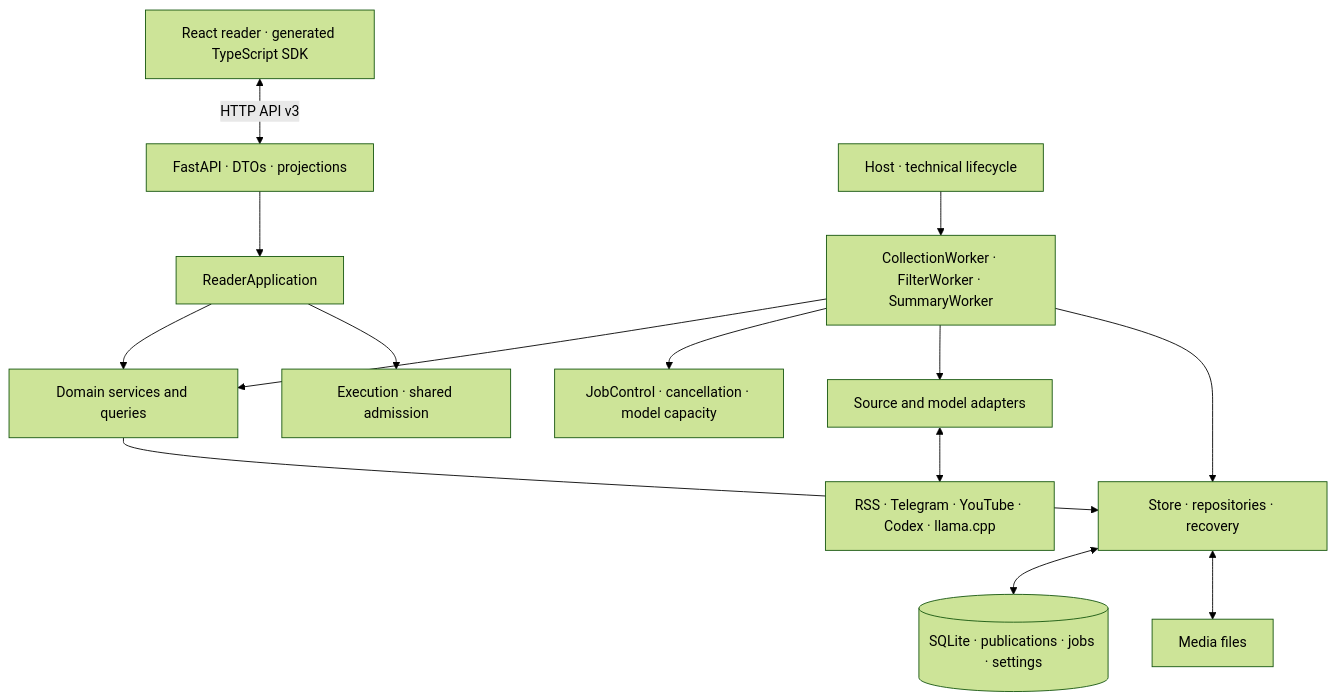
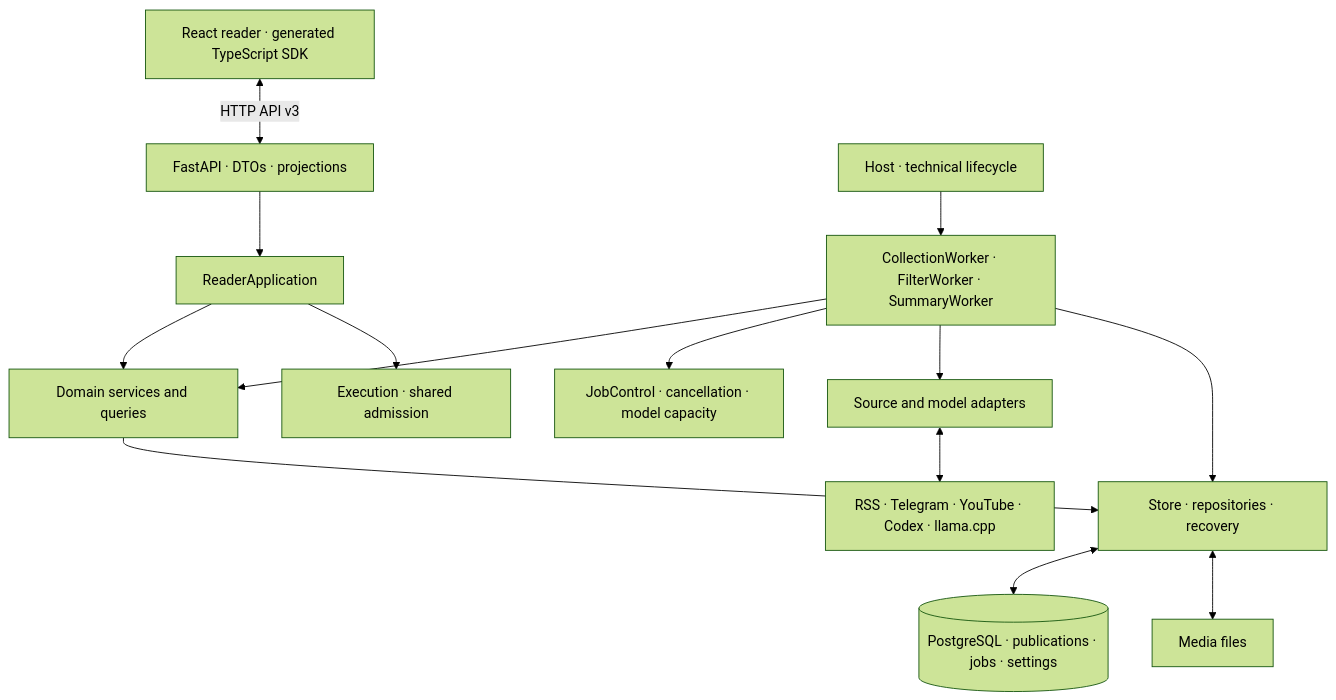
One commit to tgenman/oko changed the first of 2 diagrams in docs/architecture/README.md. Above: the diagram before and after it, drawn with Mermaid (forest theme). The commit also changed other lines of this file and 150 other files, not shown here.

Commit message:
refactor: make PostgreSQL the only Oko storage

````diff
--- a/docs/architecture/README.md
+++ b/docs/architecture/README.md
@@ -9,16 +9,16 @@
 ```mermaid
 flowchart TB
     Browser[React reader · generated TypeScript SDK] <-->|HTTP API v3| HTTP[FastAPI · DTOs · projections]
     HTTP --> Application[ReaderApplication]
     Application --> Services[Domain services and queries]
     Application --> Execution[Execution · shared admission]
     Host[Host · technical lifecycle] --> Workers[CollectionWorker · FilterWorker · SummaryWorker]
     Workers --> Services
     Workers --> Jobs[JobControl · cancellation · model capacity]
     Workers --> Adapters[Source and model adapters]
     Adapters <--> External[RSS · Telegram · YouTube · Codex · llama.cpp]
     Services --> Store[Store · repositories · recovery]
     Workers --> Store
-    Store <--> DB[(SQLite · publications · jobs · settings)]
+    Store <--> DB[(PostgreSQL · publications · jobs · settings)]
     Store <--> Files[Media files]
 ```
````
